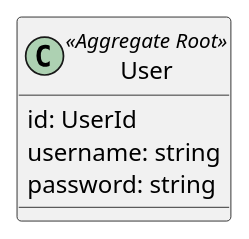
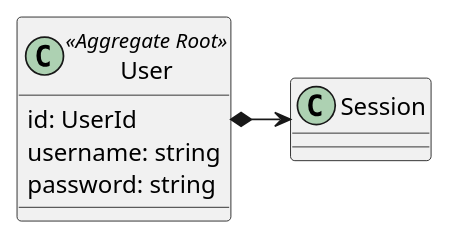
Before and after one commit to AlejandroAM91/freehomerp: the third of 4 diagrams in docs/develop/03-domain.adoc, drawn with PlantUML. The commit also changed other lines of this file and 26 other files, not shown here.

```diff
--- a/docs/develop/03-domain.adoc
+++ b/docs/develop/03-domain.adoc
@@ -58,8 +57,10 @@
 [plantuml]
 ....
+User *-> Session
+
 class User <<Aggregate Root>> {
     id: UserId
     username: string
     password: string
 }
 ....
```
